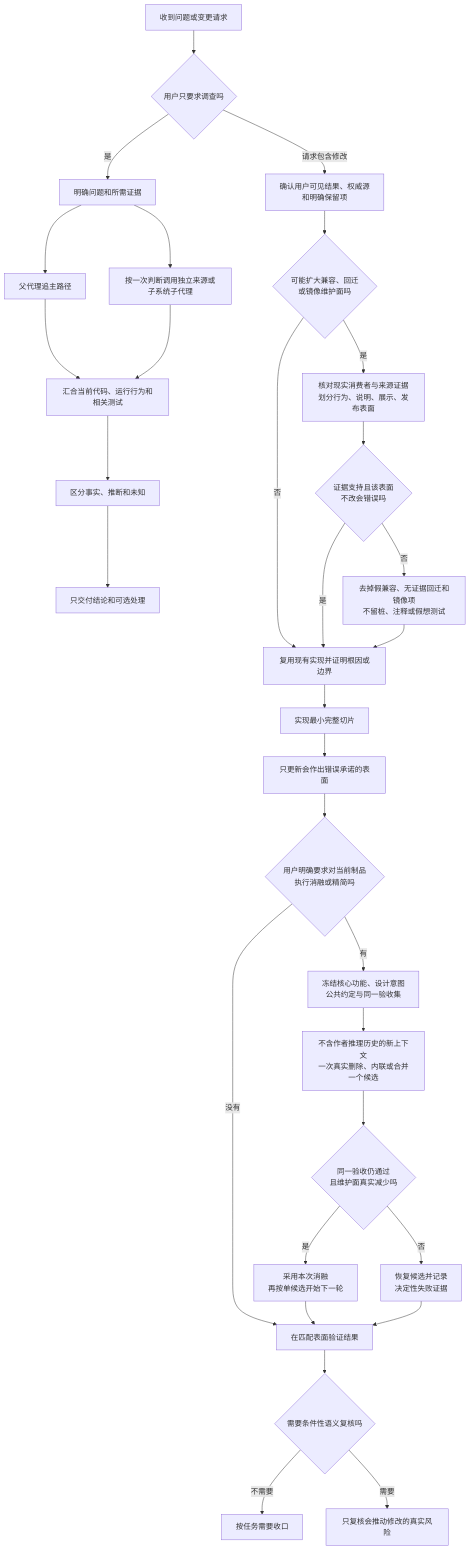
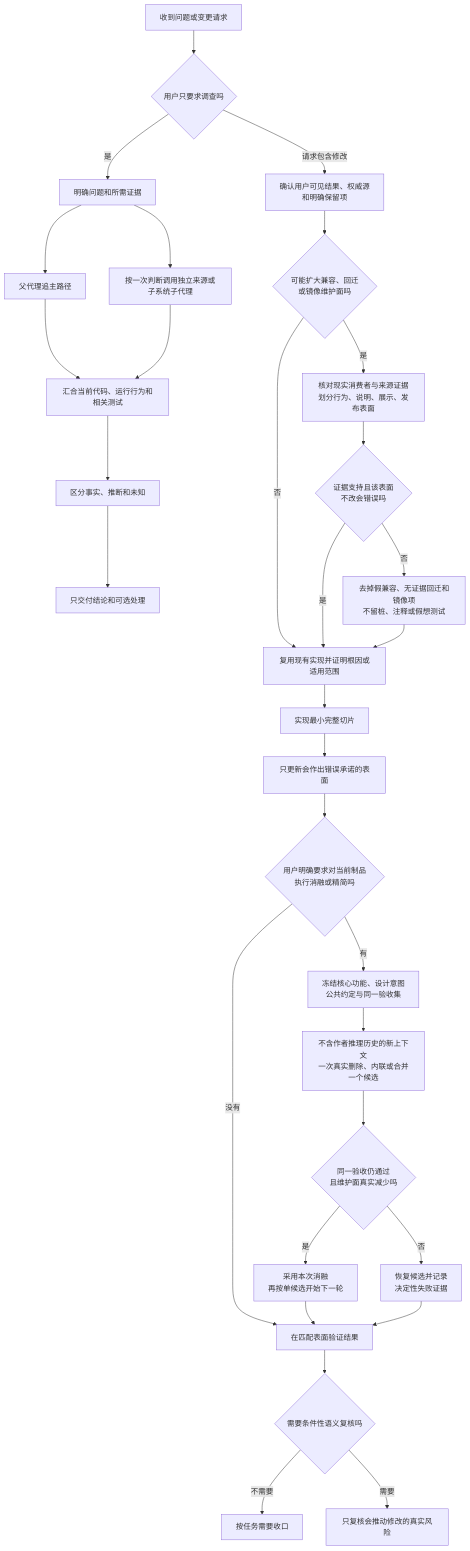
One commit to Lang45/codex-lean-stack changed the sixth of 13 diagrams in skills/lean-stack/references/flowcharts-zh.md. Above: the diagram before and after it, drawn with Mermaid. The commit also changed other lines of this file and 24 other files, not shown here.

````diff
--- a/skills/lean-stack/references/flowcharts-zh.md
+++ b/skills/lean-stack/references/flowcharts-zh.md
@@ -461,33 +464,33 @@
 ```mermaid
 flowchart TD
     A[收到问题或变更请求] --> B{用户只要求调查吗}
     B -->|是| C[明确问题和所需证据]
     C --> D[父代理追主路径]
     C --> E[按一次判断调用独立来源或子系统子代理]
     D --> F[汇合当前代码、运行行为和相关测试]
     E --> F
     F --> G[区分事实、推断和未知]
     G --> H[只交付结论和可选处理]
     B -->|请求包含修改| I[确认用户可见结果、权威源<br/>和明确保留项]
     I --> I2{可能扩大兼容、回迁<br/>或镜像维护面吗}
-    I2 -->|否| J[复用现有实现并证明根因或边界]
+    I2 -->|否| J[复用现有实现并证明根因或适用范围]
     I2 -->|是| I3[核对现实消费者与来源证据<br/>划分行为、说明、展示、发布表面]
     I3 --> I4{证据支持且该表面<br/>不改会错误吗}
     I4 -->|否| I5[去掉假兼容、无证据回迁和镜像项<br/>不留桩、注释或假想测试]
     I4 -->|是| J
     I5 --> J
     J --> K[实现最小完整切片]
     K --> K2[只更新会作出错误承诺的表面]
     K2 --> AB{用户明确要求对当前制品<br/>执行消融或精简吗}
     AB -->|没有| L[在匹配表面验证结果]
     AB -->|有| AB0[冻结核心功能、设计意图<br/>公共约定与同一验收集]
     AB0 --> AB1[不含作者推理历史的新上下文<br/>一次真实删除、内联或合并一个候选]
     AB1 --> AB2{同一验收仍通过<br/>且维护面真实减少吗}
     AB2 -->|是| AB3[采用本次消融<br/>再按单候选开始下一轮]
     AB2 -->|否| AB4[恢复候选并记录<br/>决定性失败证据]
     AB3 --> L
     AB4 --> L
     L --> M{需要条件性语义复核吗}
     M -->|不需要| N[按任务需要收口]
     M -->|需要| O[只复核会推动修改的真实风险]
 ```
````
